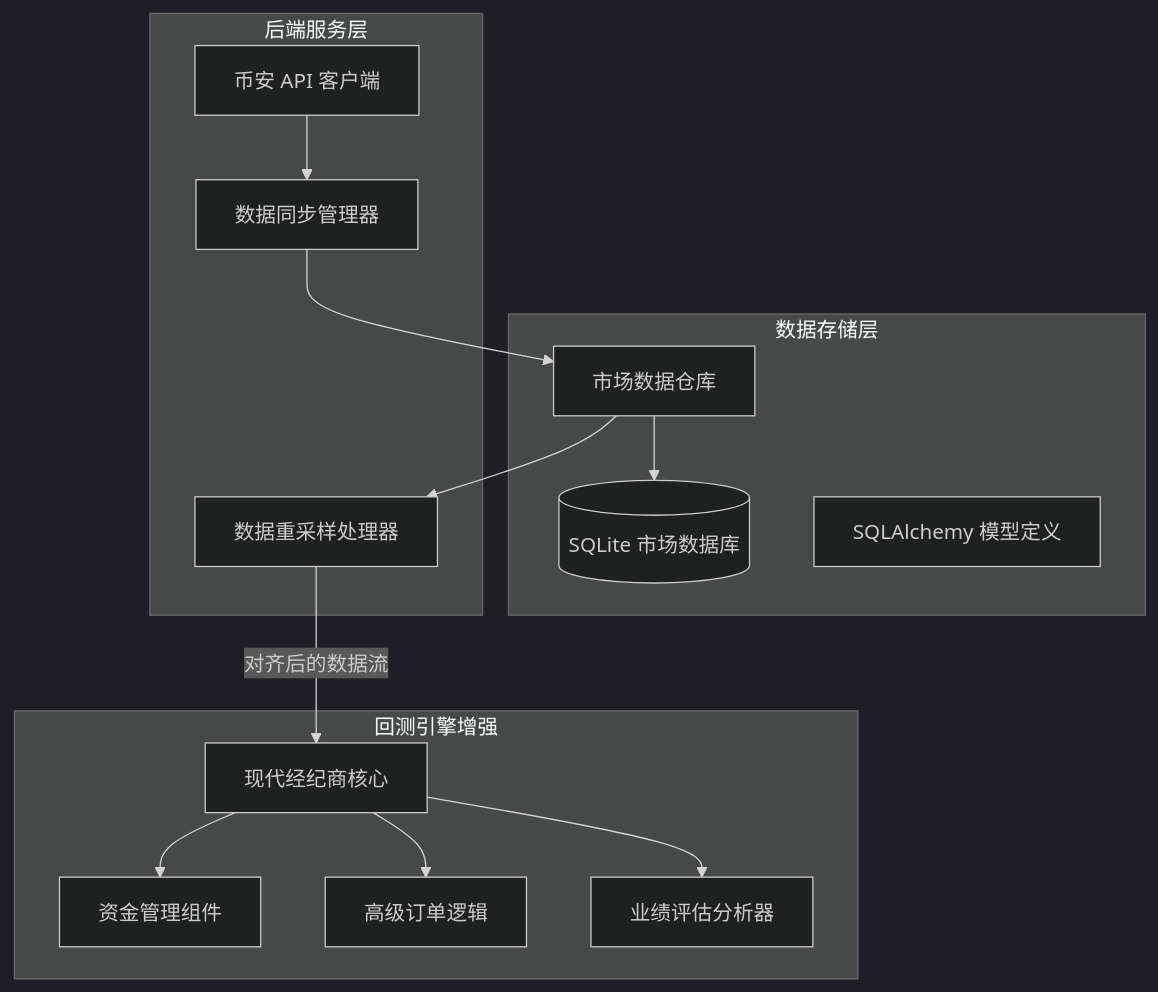
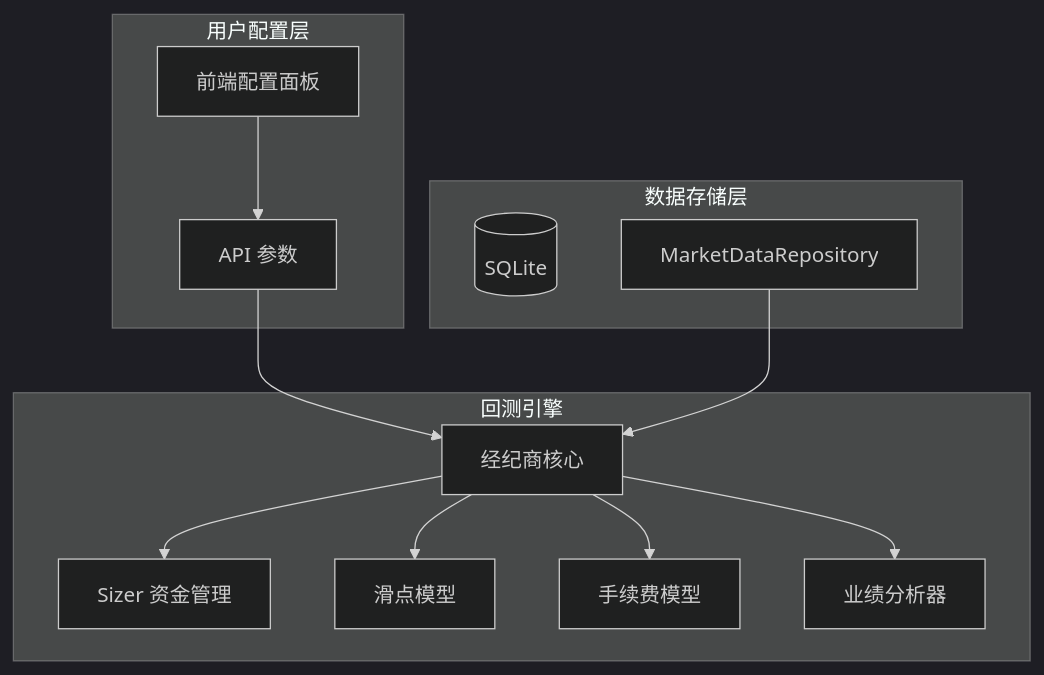
The diagram in docs/phase3/ROADMAP.md (ivecoGolden/PyQuantAlpha), drawn with Mermaid (dark theme) before and after one commit. The commit also changed other lines of this file and 28 other files, not shown here.

Commit message:
feat: Implement sizer, commission, and slippage modules for the backtesting engine, with comprehensive tests and documentation updates.

````diff
--- a/docs/phase3/ROADMAP.md
+++ b/docs/phase3/ROADMAP.md
@@ -92,33 +122,28 @@
 ```mermaid
 graph TB
-    subgraph Storage [数据存储层]
-        DB[(SQLite 市场数据库)]
-        Repo[市场数据仓库]
-        Model[SQLAlchemy 模型定义]
+    subgraph Config [用户配置层]
+        UI[前端配置面板]
+        API[API 参数]
     end
 
-    subgraph Service [后端服务层]
-        Client[币安 API 客户端]
-        SyncTask[数据同步管理器]
-        Handler[数据重采样处理器]
+    subgraph Storage [数据存储层]
+        DB[(SQLite)]
+        Repo[MarketDataRepository]
     end
 
-    subgraph Engine [回测引擎增强]
-        Broker[现代经纪商核心]
-        Sizer[资金管理组件]
-        Order[高级订单逻辑]
-        Analyzer[业绩评估分析器]
+    subgraph Engine [回测引擎]
+        Broker[经纪商核心]
+        Sizer[Sizer 资金管理]
+        Slippage[滑点模型]
+        Commission[手续费模型]
+        Analyzer[业绩分析器]
     end
 
-    %% 连接关系
-    Client --> SyncTask
-    SyncTask --> Repo
-    Repo --> DB
-    
-    Repo --> Handler
-    Handler -->|对齐后的数据流| Broker
-    
+    UI --> API
+    API --> Broker
+    Repo --> Broker
     Broker --> Sizer
-    Broker --> Order
+    Broker --> Slippage
+    Broker --> Commission
     Broker --> Analyzer
 ```
````
